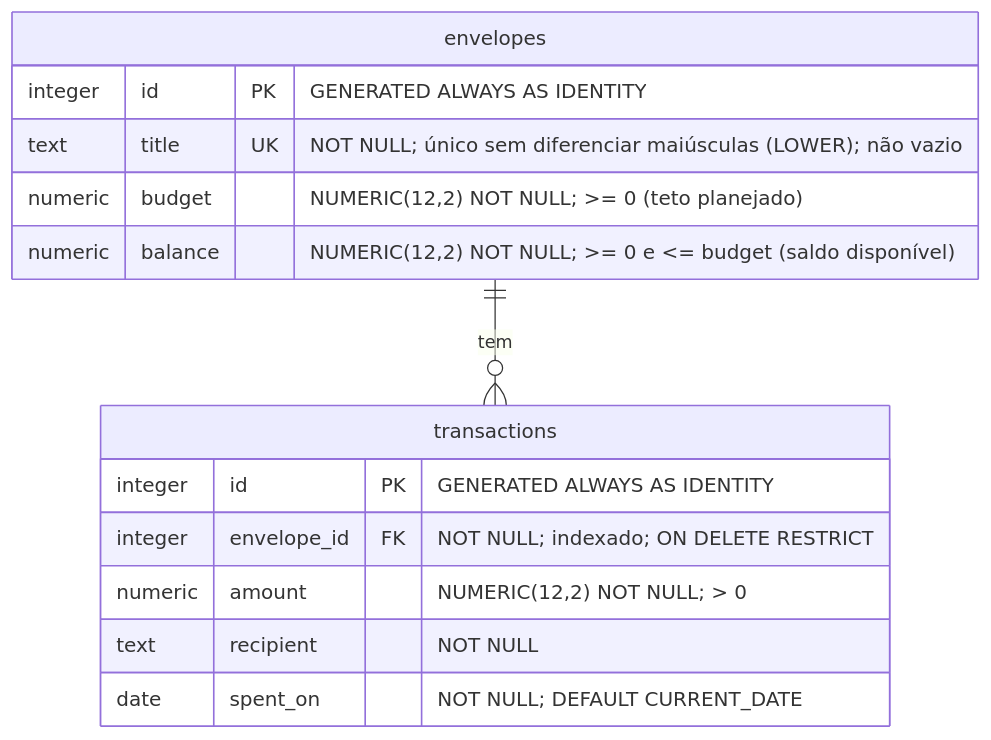
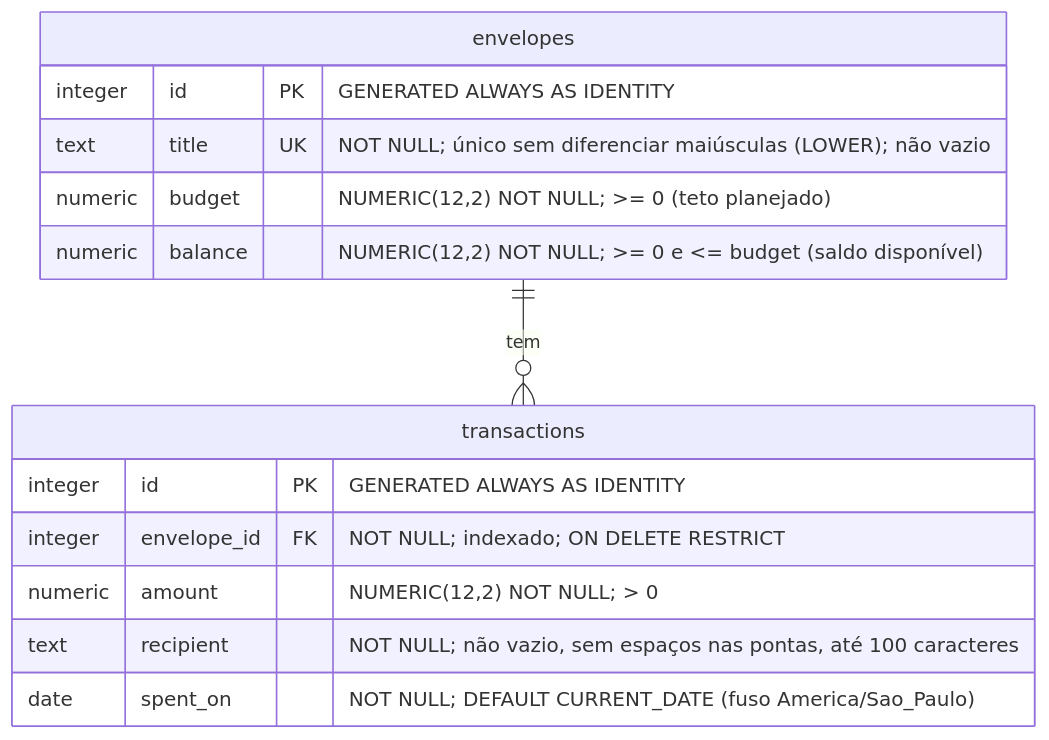
The diagram in docs/database.md (lucas-fcs/personal-budget), drawn with Mermaid before and after one commit. The commit also changed other lines of this file and 5 other files, not shown here.

````diff
--- a/docs/database.md
+++ b/docs/database.md
@@ -7,19 +7,19 @@
 ```mermaid
 erDiagram
     envelopes ||--o{ transactions : "tem"
 
     envelopes {
         integer id PK "GENERATED ALWAYS AS IDENTITY"
         text title UK "NOT NULL; único sem diferenciar maiúsculas (LOWER); não vazio"
         numeric budget "NUMERIC(12,2) NOT NULL; >= 0 (teto planejado)"
         numeric balance "NUMERIC(12,2) NOT NULL; >= 0 e <= budget (saldo disponível)"
     }
 
     transactions {
         integer id PK "GENERATED ALWAYS AS IDENTITY"
         integer envelope_id FK "NOT NULL; indexado; ON DELETE RESTRICT"
         numeric amount "NUMERIC(12,2) NOT NULL; > 0"
-        text recipient "NOT NULL"
-        date spent_on "NOT NULL; DEFAULT CURRENT_DATE"
+        text recipient "NOT NULL; não vazio, sem espaços nas pontas, até 100 caracteres"
+        date spent_on "NOT NULL; DEFAULT CURRENT_DATE (fuso America/Sao_Paulo)"
     }
 ```
````
